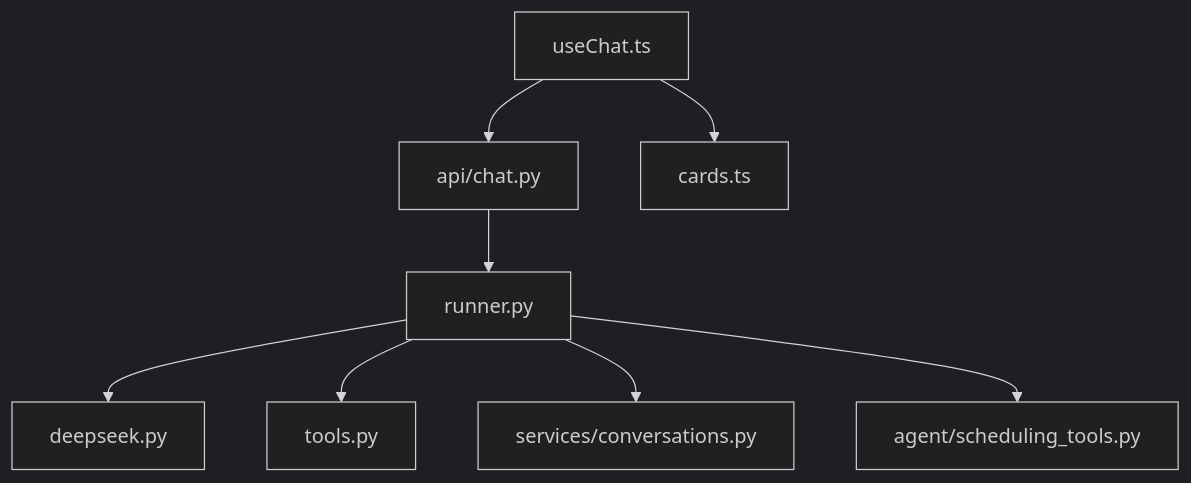
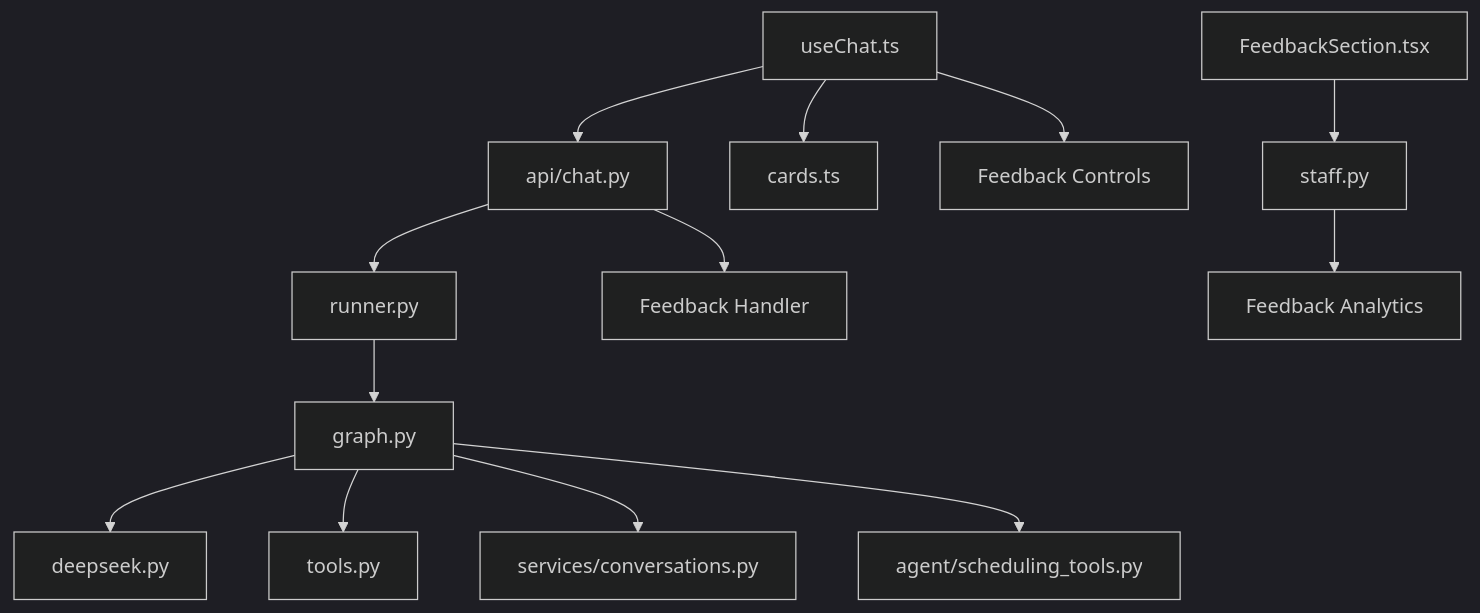
Before and after one commit to gokulkaarthicks/dental-chatbot: diagram 13 of 13 in .qoder/repowiki/en/content/Patient Workflows/Conversation Management/Conversation Management.md, drawn with Mermaid (dark theme). The commit also changed other lines of this file and 280 other files, not shown here.

````diff
--- a/.qoder/repowiki/en/content/Patient Workflows/Conversation Management/Conversation Management.md
+++ b/.qoder/repowiki/en/content/Patient Workflows/Conversation Management/Conversation Management.md
@@ -482,10 +642,15 @@
 ```mermaid
 graph TB
-Runner["runner.py"] --> DeepSeek["deepseek.py"]
-Runner --> Tools["tools.py"]
-Runner --> ConvSvc["services/conversations.py"]
-Runner --> SchedTools["agent/scheduling_tools.py"]
+Runner["runner.py"] --> Graph["graph.py"]
+Graph --> DeepSeek["deepseek.py"]
+Graph --> Tools["tools.py"]
+Graph --> ConvSvc["services/conversations.py"]
+Graph --> SchedTools["agent/scheduling_tools.py"]
 API["api/chat.py"] --> Runner
+API --> FeedbackAPI["Feedback Handler"]
 Frontend["useChat.ts"] --> API
 Frontend --> Cards["cards.ts"]
+Frontend --> FeedbackUI["Feedback Controls"]
+StaffDashboard["FeedbackSection.tsx"] --> StaffAPI["staff.py"]
+StaffAPI --> FeedbackAnalytics["Feedback Analytics"]
 ```
````
